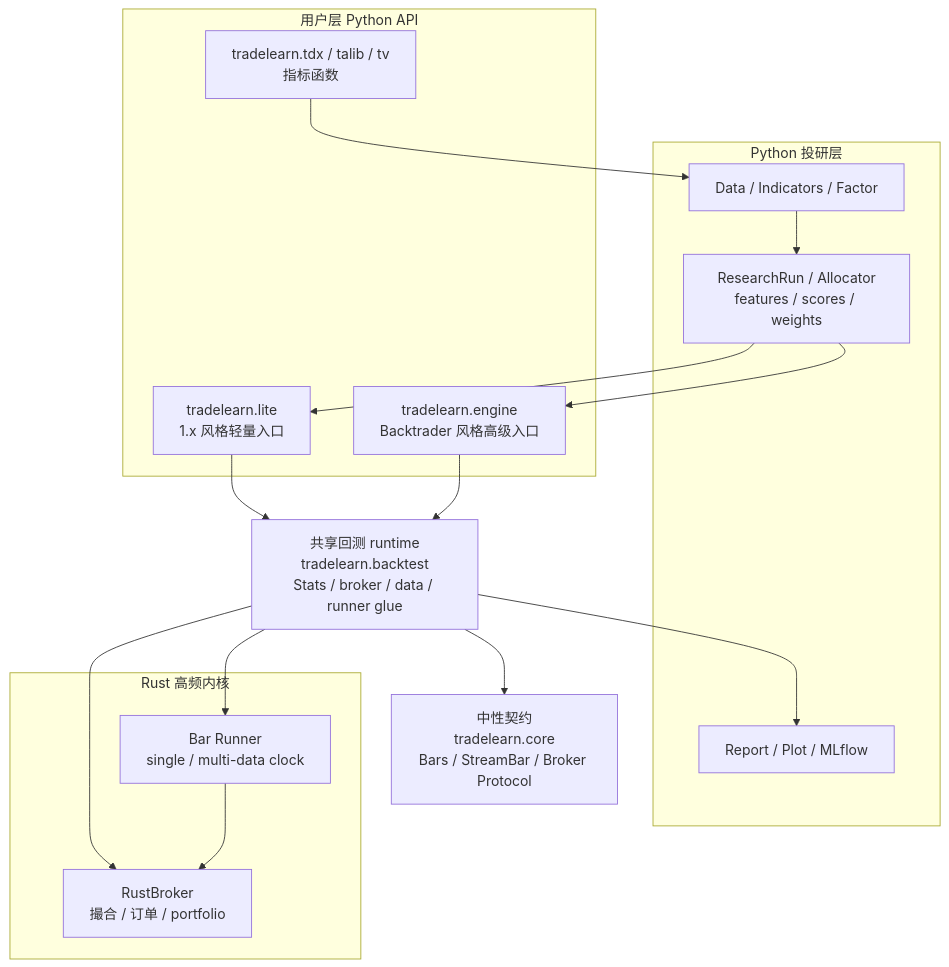
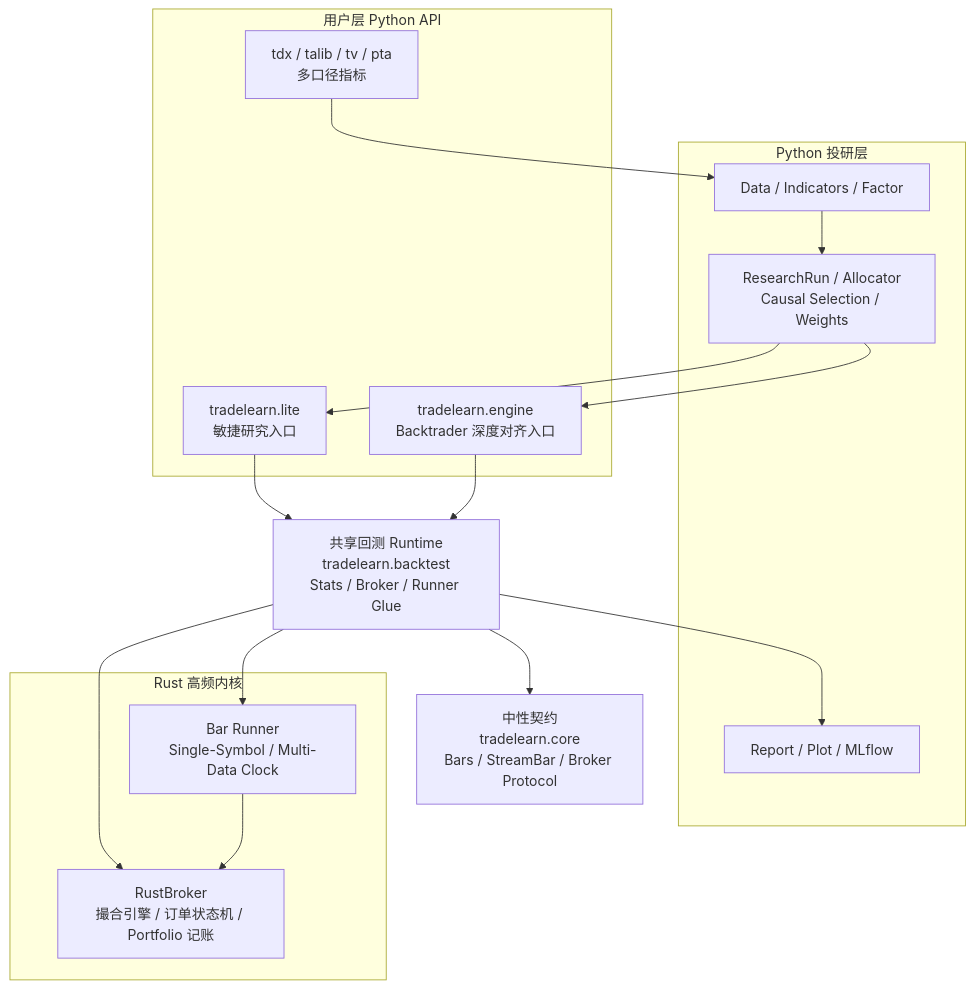
The diagram in docs/concepts/architecture.md (MuuYesen/trade-learn), drawn with Mermaid before and after one commit. The commit also changed other lines of this file and 15 other files, not shown here.

````diff
--- a/docs/concepts/architecture.md
+++ b/docs/concepts/architecture.md
@@ -5,35 +9,35 @@
 ```mermaid
 flowchart TB
     subgraph user[用户层 Python API]
-        lite[tradelearn.lite\n1.x 风格轻量入口]
-        engine[tradelearn.engine\nBacktrader 风格高级入口]
-        ta[tradelearn.tdx / talib / tv\n指标函数]
+        lite[tradelearn.lite<br/>敏捷研究入口]
+        engine[tradelearn.engine<br/>Backtrader 深度对齐入口]
+        ta[tdx / talib / tv / pta<br/>多口径指标]
     end
 
     subgraph research[Python 投研层]
         data[Data / Indicators / Factor]
-        pipeline[ResearchRun / Allocator\nfeatures / scores / weights]
+        pipeline[ResearchRun / Allocator<br/>Causal Selection / Weights]
         report[Report / Plot / MLflow]
     end
 
-    runtime[共享回测 runtime\ntradelearn.backtest\nStats / broker / data / runner glue]
+    runtime[共享回测 Runtime<br/>tradelearn.backtest<br/>Stats / Broker / Runner Glue]
 
-    core[中性契约\ntradelearn.core\nBars / StreamBar / Broker Protocol]
+    core[中性契约<br/>tradelearn.core<br/>Bars / StreamBar / Broker Protocol]
 
     subgraph rust[Rust 高频内核]
-        runner[Bar Runner\nsingle / multi-data clock]
-        broker[RustBroker\n撮合 / 订单 / portfolio]
+        runner[Bar Runner<br/>Single-Symbol / Multi-Data Clock]
+        broker[RustBroker<br/>撮合引擎 / 订单状态机 / Portfolio 记账]
     end
 
     lite --> runtime
     engine --> runtime
     ta --> data
     data --> pipeline
     pipeline --> engine
     pipeline --> lite
     runtime --> core
     runtime --> runner
     runtime --> broker
     runner --> broker
     runtime --> report
 ```
````
